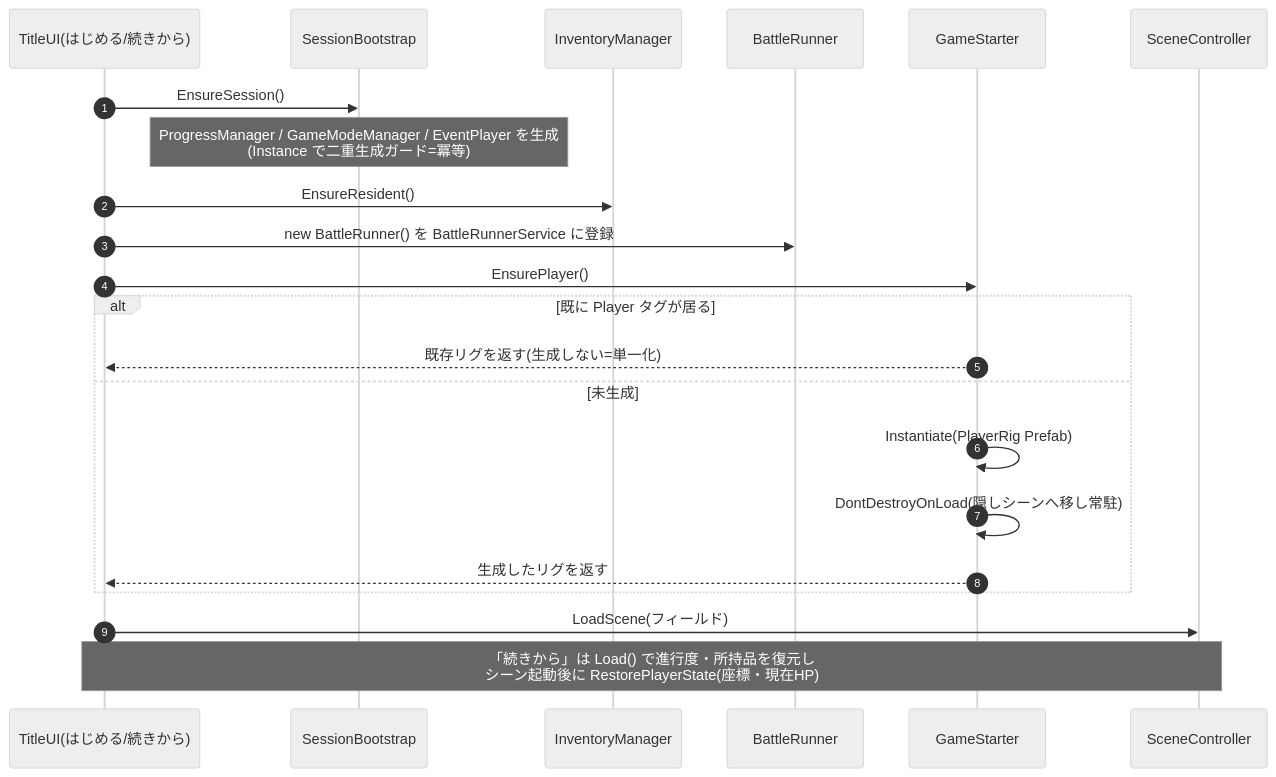
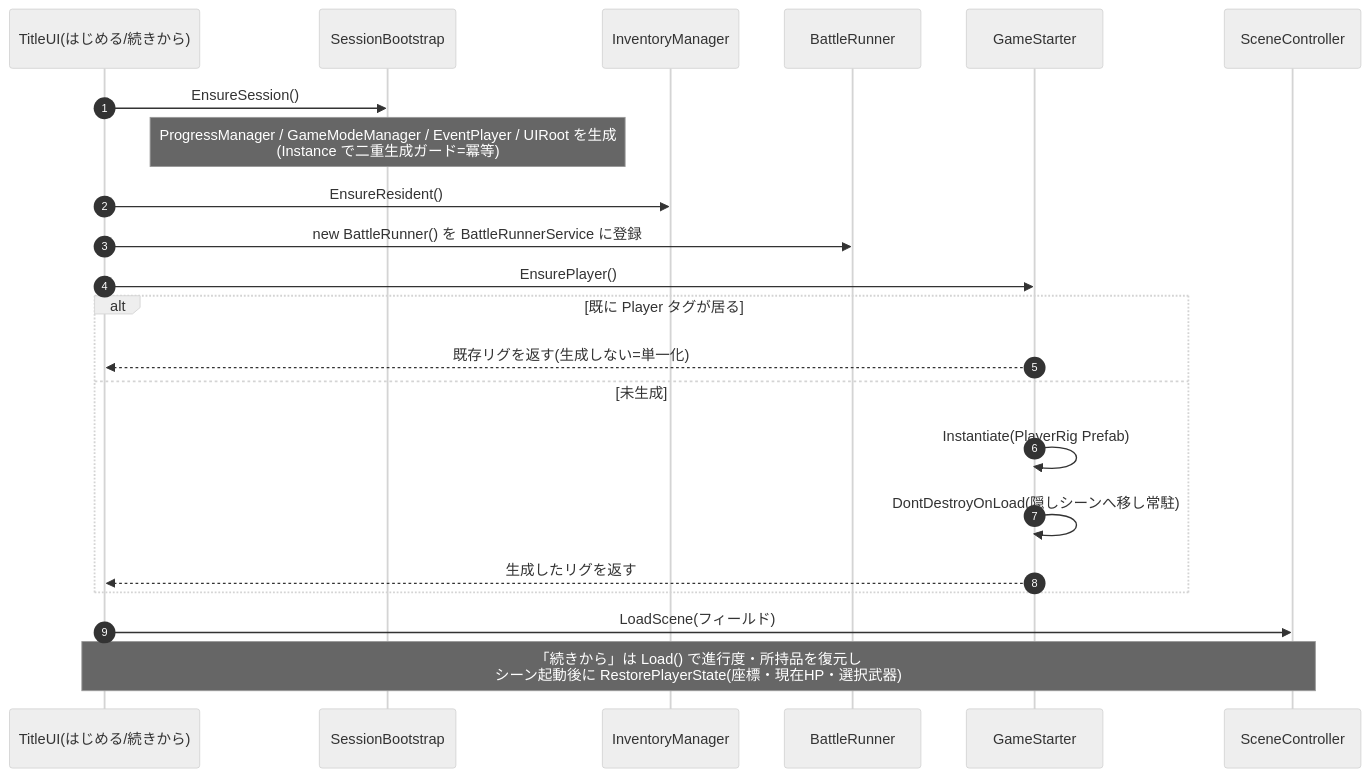
Before and after one commit to CreativeAI2026/documents: the diagram in PlayerImplementation.md, drawn with Mermaid (neutral theme). The commit also changed other lines of this file, not shown here.

````diff
--- a/PlayerImplementation.md
+++ b/PlayerImplementation.md
@@ -29,25 +29,25 @@
 ```mermaid
 sequenceDiagram
     autonumber
     participant T as TitleUI(はじめる/続きから)
     participant SB as SessionBootstrap
     participant INV as InventoryManager
     participant BR as BattleRunner
     participant GS as GameStarter
     participant SC as SceneController
 
     T->>SB: EnsureSession()
-    Note over SB: ProgressManager / GameModeManager / EventPlayer を生成<br/>(Instance で二重生成ガード=冪等)
+    Note over SB: ProgressManager / GameModeManager / EventPlayer / UIRoot を生成<br/>(Instance で二重生成ガード=冪等)
     T->>INV: EnsureResident()
     T->>BR: new BattleRunner() を BattleRunnerService に登録
     T->>GS: EnsurePlayer()
     alt 既に Player タグが居る
         GS-->>T: 既存リグを返す(生成しない=単一化)
     else 未生成
         GS->>GS: Instantiate(PlayerRig Prefab)
         GS->>GS: DontDestroyOnLoad(隠しシーンへ移し常駐)
         GS-->>T: 生成したリグを返す
     end
     T->>SC: LoadScene(フィールド)
-    Note over T,SC: 「続きから」は Load() で進行度・所持品を復元し<br/>シーン起動後に RestorePlayerState(座標・現在HP)
+    Note over T,SC: 「続きから」は Load() で進行度・所持品を復元し<br/>シーン起動後に RestorePlayerState(座標・現在HP・選択武器)
 ```
````
